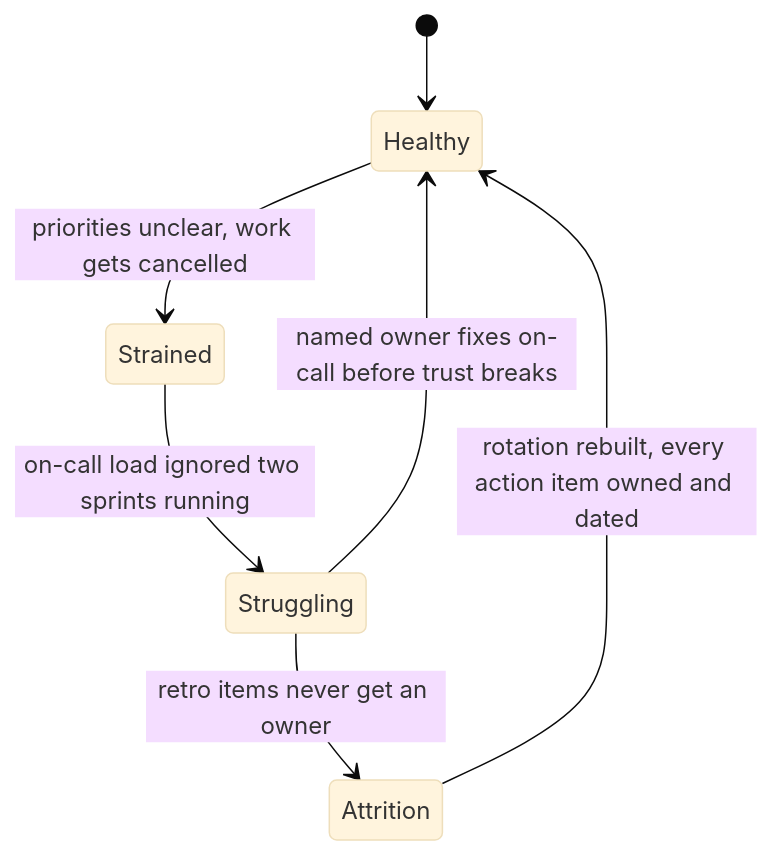
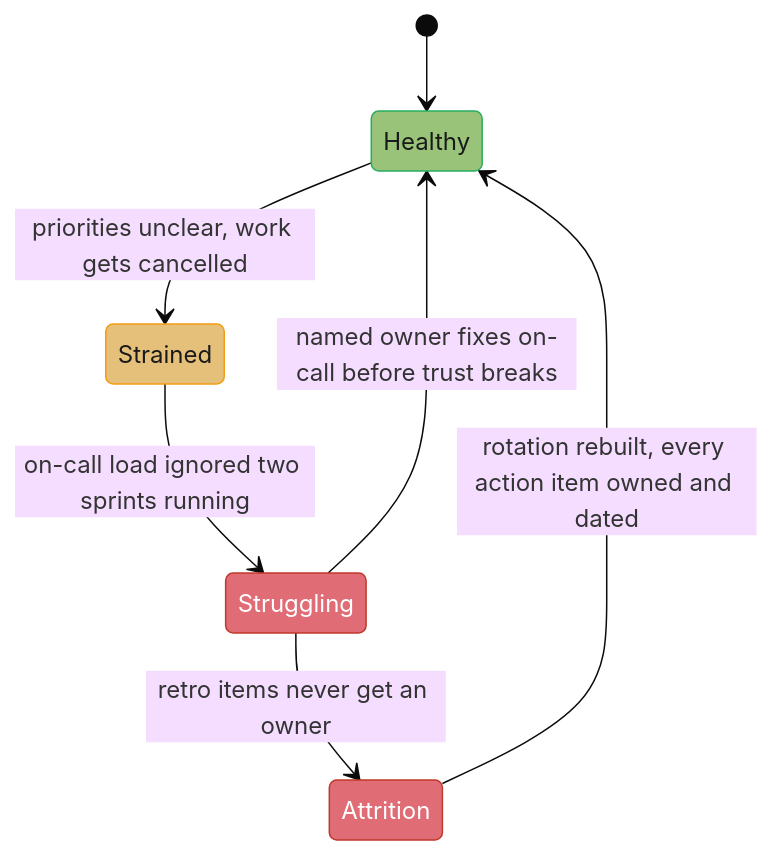
Before and after one commit to rppol/system-design: the third of 4 diagrams in src/main/java/com/rutik/systemdesign/soft_skills/team_health_and_sustainable_pace/team_health_and_sustainable_pace.md, drawn with Mermaid (base theme). The commit also changed other lines of this file and 655 other files, not shown here.

````diff
--- a/src/main/java/com/rutik/systemdesign/soft_skills/team_health_and_sustainable_pace/team_health_and_sustainable_pace.md
+++ b/src/main/java/com/rutik/systemdesign/soft_skills/team_health_and_sustainable_pace/team_health_and_sustainable_pace.md
@@ -142,9 +142,16 @@
 ```mermaid
 stateDiagram-v2
     [*] --> Healthy
     Healthy --> Strained: priorities unclear, work gets cancelled
     Strained --> Struggling: on-call load ignored two sprints running
     Struggling --> Attrition: retro items never get an owner
     Attrition --> Healthy: rotation rebuilt, every action item owned and dated
     Struggling --> Healthy: named owner fixes on-call before trust breaks
+
+    classDef good   fill:#98c379,stroke:#27ae60,color:#1a1a1a
+    classDef warn   fill:#e5c07b,stroke:#f39c12,color:#1a1a1a
+    classDef bad    fill:#e06c75,stroke:#c0392b,color:#fff
+    class Healthy good
+    class Strained warn
+    class Struggling,Attrition bad
 ```
````
